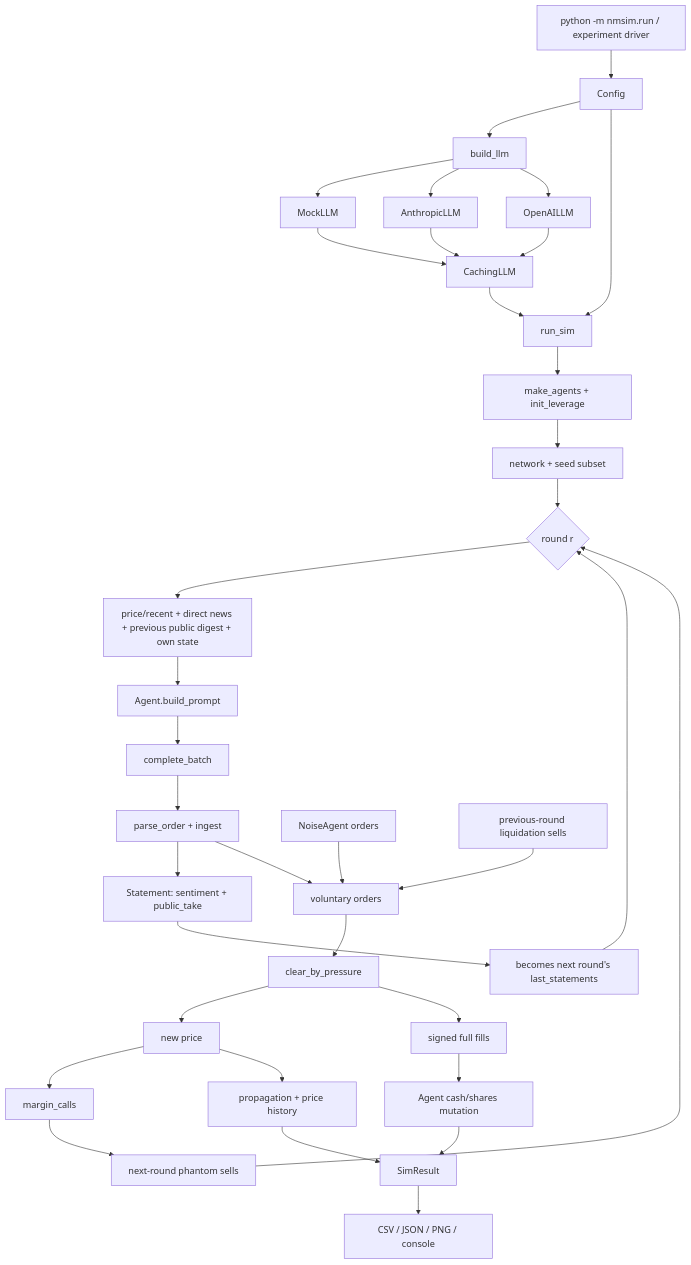
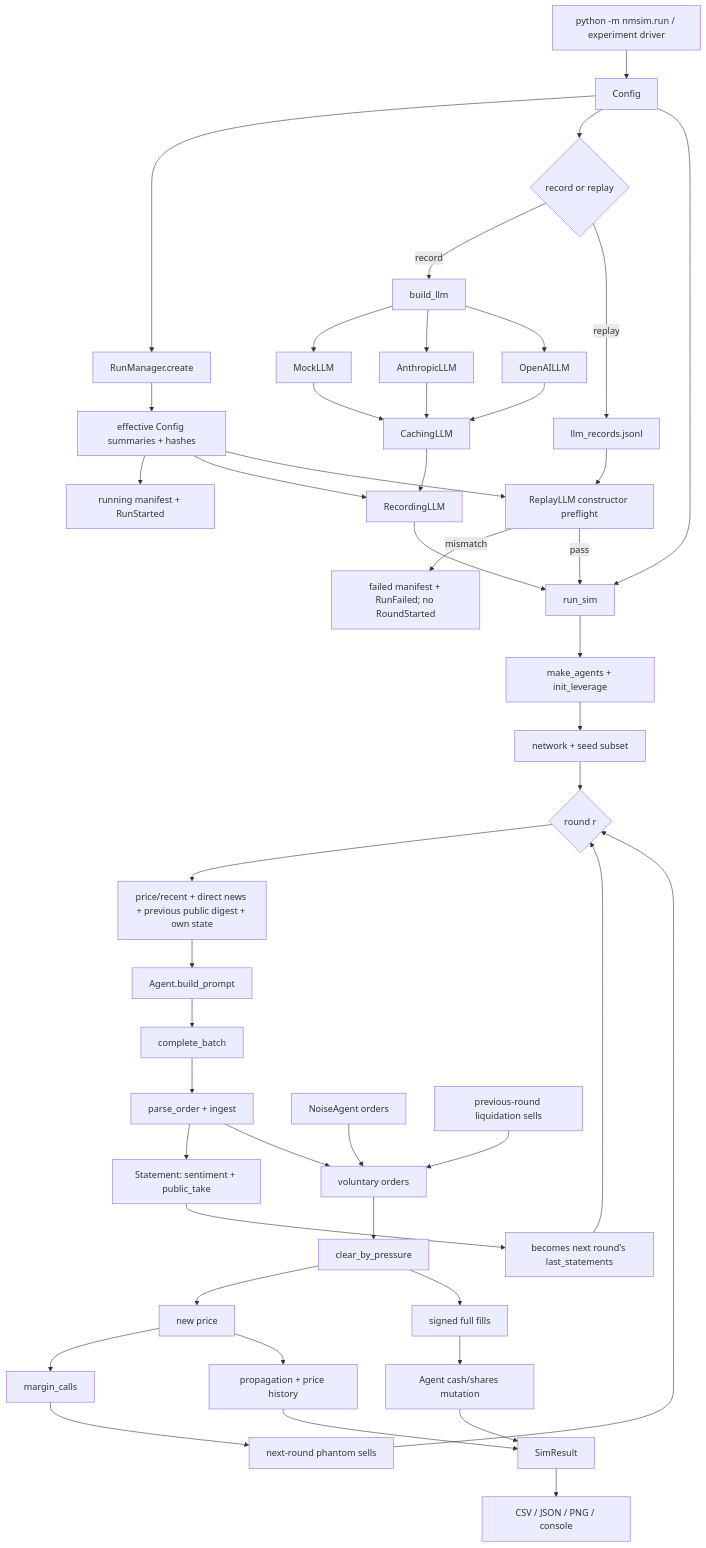
Before and after one commit to b25805634-cyber/Agent-based-simulation-of-financial-markets: the diagram in docs/ARCHITECTURE_CURRENT.md, drawn with Mermaid. The commit also changed other lines of this file and 12 other files, not shown here.

Commit message:
fix: bind strict replay to scientific config

````diff
--- a/docs/ARCHITECTURE_CURRENT.md
+++ b/docs/ARCHITECTURE_CURRENT.md
@@ -57,39 +80,50 @@
 ```mermaid
 flowchart TD
     CLI[python -m nmsim.run / experiment driver] --> CFG[Config]
-    CFG --> FACTORY[build_llm]
+    CFG --> RM[RunManager.create]
+    RM --> CONTRACT[effective Config summaries + hashes]
+    CONTRACT --> MANIFEST[running manifest + RunStarted]
+    CFG --> MODE{record or replay}
+    MODE -->|record| FACTORY[build_llm]
     FACTORY --> MOCK[MockLLM]
     FACTORY --> ANT[AnthropicLLM]
     FACTORY --> OAI[OpenAILLM]
     MOCK --> CACHE[CachingLLM]
     ANT --> CACHE
     OAI --> CACHE
-    CFG --> SIM[run_sim]
-    CACHE --> SIM
+    CACHE --> REC[RecordingLLM]
+    CONTRACT --> REC
+    MODE -->|replay| SOURCE[llm_records.jsonl]
+    SOURCE --> PREFLIGHT[ReplayLLM constructor preflight]
+    CONTRACT --> PREFLIGHT
+    PREFLIGHT -->|mismatch| FAILED[failed manifest + RunFailed; no RoundStarted]
+    PREFLIGHT -->|pass| SIM[run_sim]
+    REC --> SIM
+    CFG --> SIM
 
     SIM --> CAST[make_agents + init_leverage]
     CAST --> GRAPH[network + seed subset]
     GRAPH --> LOOP{round r}
 
     LOOP --> OBS[price/recent + direct news + previous public digest + own state]
     OBS --> PROMPT[Agent.build_prompt]
     PROMPT --> BATCH[complete_batch]
     BATCH --> PARSE[parse_order + ingest]
     PARSE --> PUB[Statement: sentiment + public_take]
     PARSE --> ORDERS[voluntary orders]
     NOISE[NoiseAgent orders] --> ORDERS
     PENDING[previous-round liquidation sells] --> ORDERS
     ORDERS --> MARKET[clear_by_pressure]
     MARKET --> PRICE[new price]
     MARKET --> FILLS[signed full fills]
     FILLS --> PORT[Agent cash/shares mutation]
     PRICE --> MARGIN[margin_calls]
     MARGIN --> PENDING2[next-round phantom sells]
     PRICE --> METRICS[propagation + price history]
     PUB --> NEXT[becomes next round's last_statements]
     PENDING2 --> LOOP
     NEXT --> LOOP
     METRICS --> RESULT[SimResult]
     PORT --> RESULT
     RESULT --> OUTPUT[CSV / JSON / PNG / console]
 ```
````
